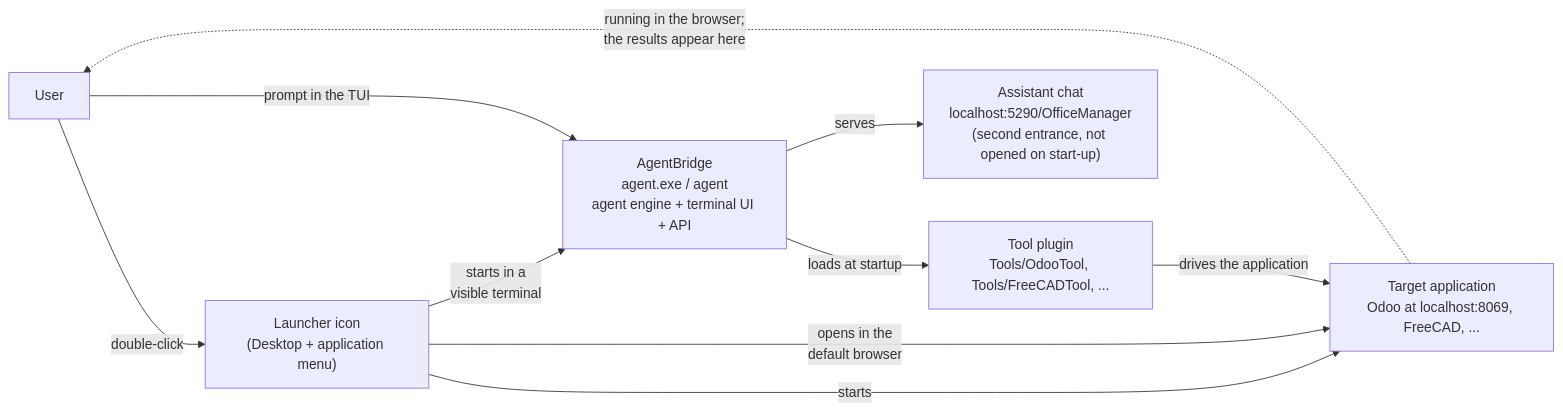
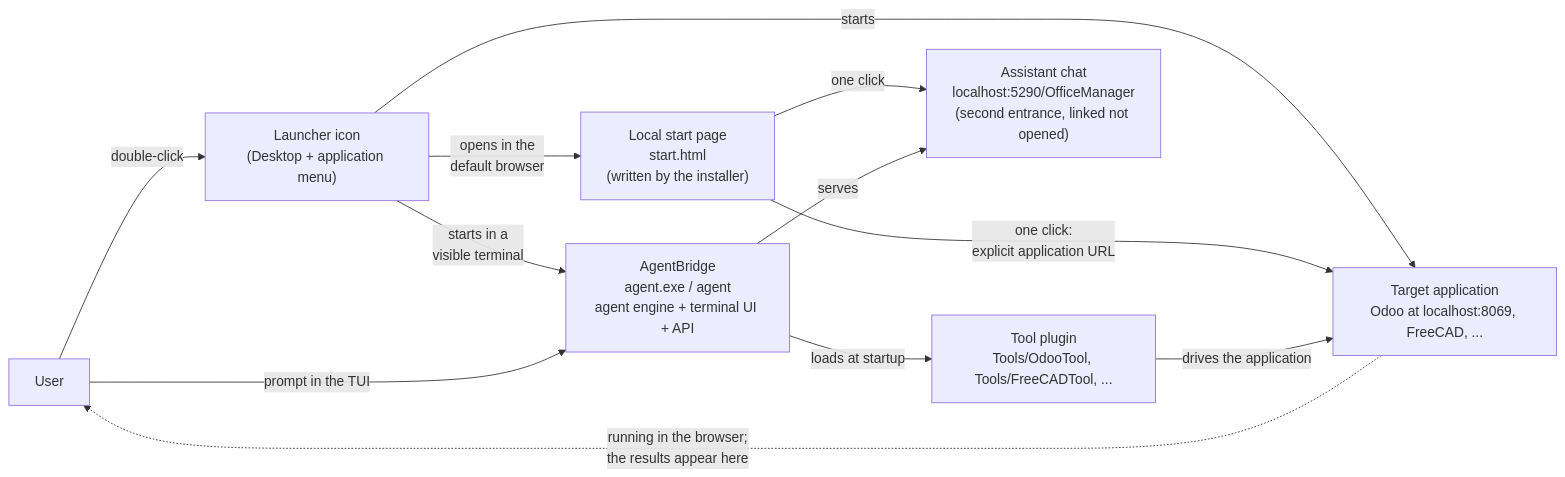
Before and after one commit to Graphene-Lab/AgentBridge: the diagram in docs-dev/INSTALLER-CONTRACT.md, drawn with Mermaid. The commit also changed other lines of this file, not shown here.

First line of the commit message:
The launcher opens a local start page, not an address a module can take over

````diff
--- a/docs-dev/INSTALLER-CONTRACT.md
+++ b/docs-dev/INSTALLER-CONTRACT.md
@@ -19,19 +22,22 @@
 ```mermaid
 flowchart LR
   user["User"]
   launcher["Launcher icon<br/>(Desktop + application menu)"]
   ab["AgentBridge<br/>agent.exe / agent<br/>agent engine + terminal UI + API"]
   plugin["Tool plugin<br/>Tools/OdooTool, Tools/FreeCADTool, ..."]
   app["Target application<br/>Odoo at localhost:8069, FreeCAD, ..."]
-  chat["Assistant chat<br/>localhost:5290/OfficeManager<br/>(second entrance, not opened on start-up)"]
+  start["Local start page<br/>start.html<br/>(written by the installer)"]
+  chat["Assistant chat<br/>localhost:5290/OfficeManager<br/>(second entrance, linked not opened)"]
 
   user -->|"double-click"| launcher
   launcher -->|"starts"| app
   launcher -->|"starts in a<br/>visible terminal"| ab
+  launcher -->|"opens in the<br/>default browser"| start
+  start -->|"one click:<br/>explicit application URL"| app
+  start -->|"one click"| chat
   ab -->|"serves"| chat
-  launcher -->|"opens in the<br/>default browser"| app
   ab -->|"loads at startup"| plugin
   plugin -->|"drives the application"| app
   user -->|"prompt in the TUI"| ab
   app -.->|"running in the browser;<br/>the results appear here"| user
 ```
````
